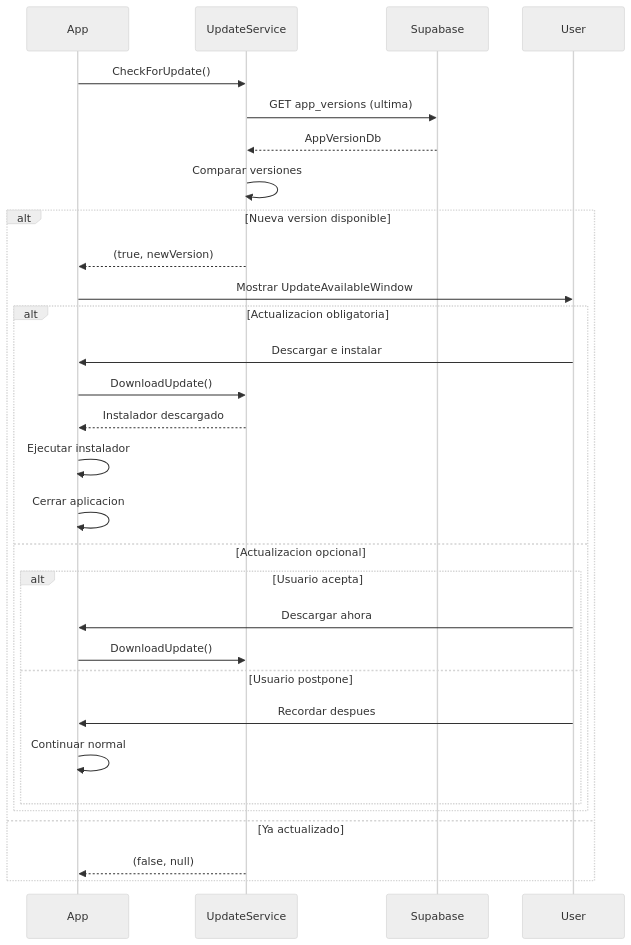
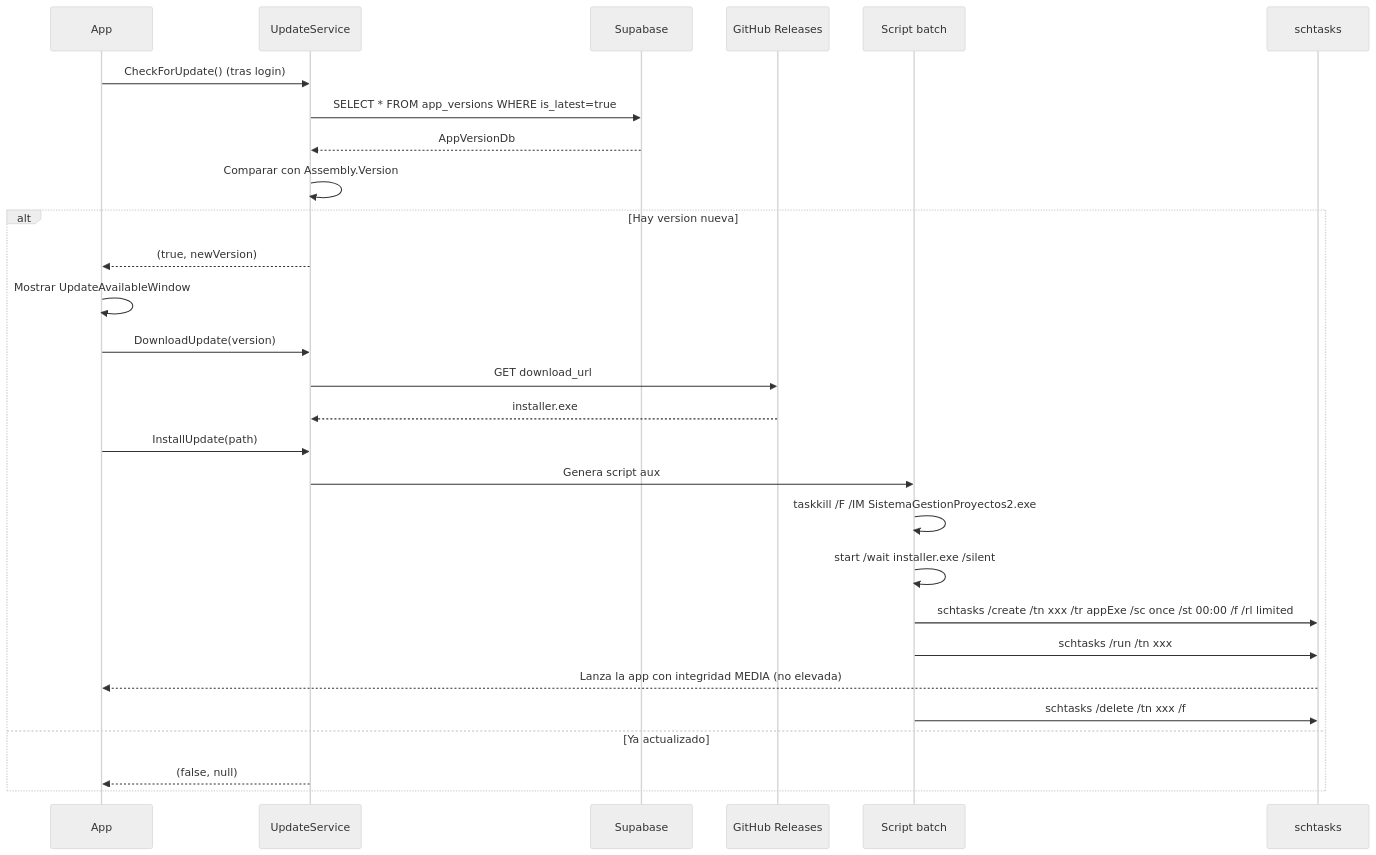
Before and after one commit to Anathema69/MX-VBA: the ninth of 11 diagrams in docs/05_FLUJOS_TRABAJO.md, drawn with Mermaid (neutral theme). The commit also changed other lines of this file and 32 other files, not shown here.

````diff
--- a/docs/05_FLUJOS_TRABAJO.md
+++ b/docs/05_FLUJOS_TRABAJO.md
@@ -265,36 +206,31 @@
 ```mermaid
 sequenceDiagram
     participant App
     participant US as UpdateService
     participant DB as Supabase
-    participant User
+    participant GH as GitHub Releases
+    participant BAT as Script batch
+    participant Task as schtasks
 
-    App->>US: CheckForUpdate()
-    US->>DB: GET app_versions (ultima)
+    App->>US: CheckForUpdate() (tras login)
+    US->>DB: SELECT * FROM app_versions WHERE is_latest=true
     DB-->>US: AppVersionDb
-
-    US->>US: Comparar versiones
-
-    alt Nueva version disponible
+    US->>US: Comparar con Assembly.Version
+    alt Hay version nueva
         US-->>App: (true, newVersion)
-        App->>User: Mostrar UpdateAvailableWindow
-
-        alt Actualizacion obligatoria
-            User->>App: Descargar e instalar
-            App->>US: DownloadUpdate()
-            US-->>App: Instalador descargado
-            App->>App: Ejecutar instalador
-            App->>App: Cerrar aplicacion
-        else Actualizacion opcional
-            alt Usuario acepta
-                User->>App: Descargar ahora
-                App->>US: DownloadUpdate()
-            else Usuario postpone
-                User->>App: Recordar despues
-                App->>App: Continuar normal
-            end
-        end
+        App->>App: Mostrar UpdateAvailableWindow
+        App->>US: DownloadUpdate(version)
+        US->>GH: GET download_url
+        GH-->>US: installer.exe
+        App->>US: InstallUpdate(path)
+        US->>BAT: Genera script aux
+        BAT->>BAT: taskkill /F /IM SistemaGestionProyectos2.exe
+        BAT->>BAT: start /wait installer.exe /silent
+        BAT->>Task: schtasks /create /tn xxx /tr appExe /sc once /st 00:00 /f /rl limited
+        BAT->>Task: schtasks /run /tn xxx
+        Task-->>App: Lanza la app con integridad MEDIA (no elevada)
+        BAT->>Task: schtasks /delete /tn xxx /f
     else Ya actualizado
         US-->>App: (false, null)
     end
 ```
````
